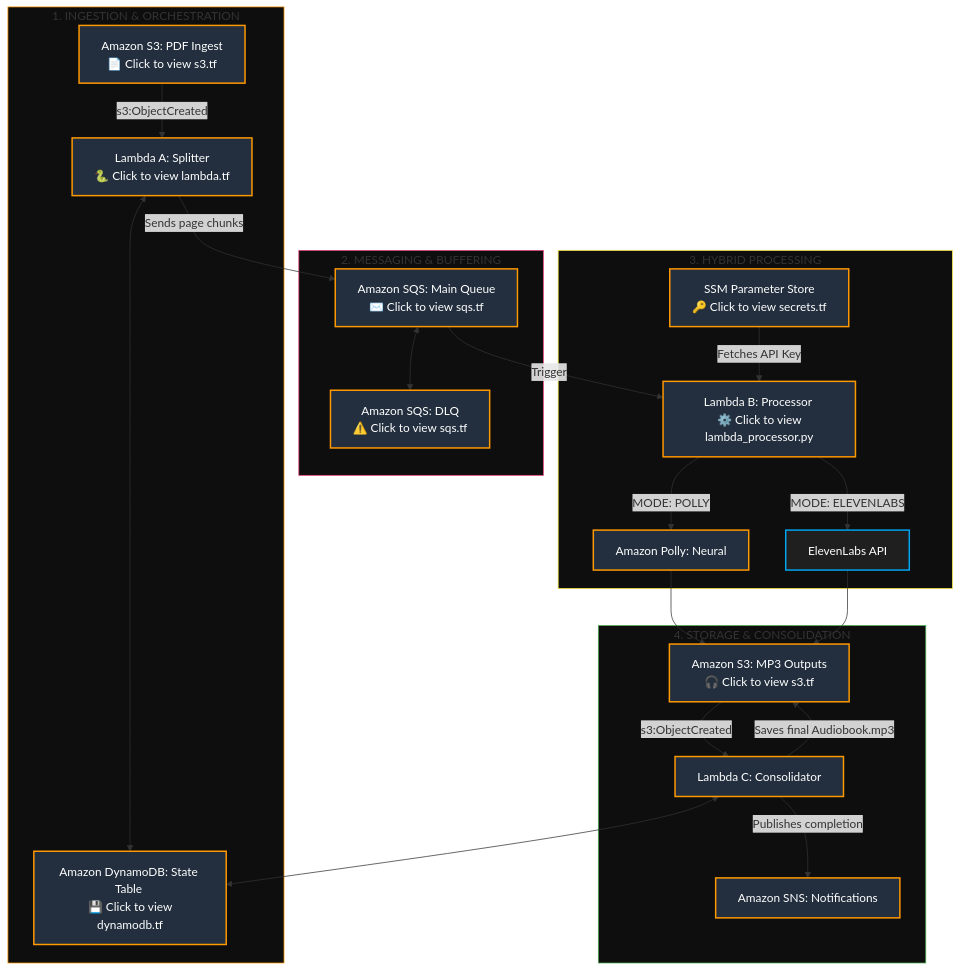
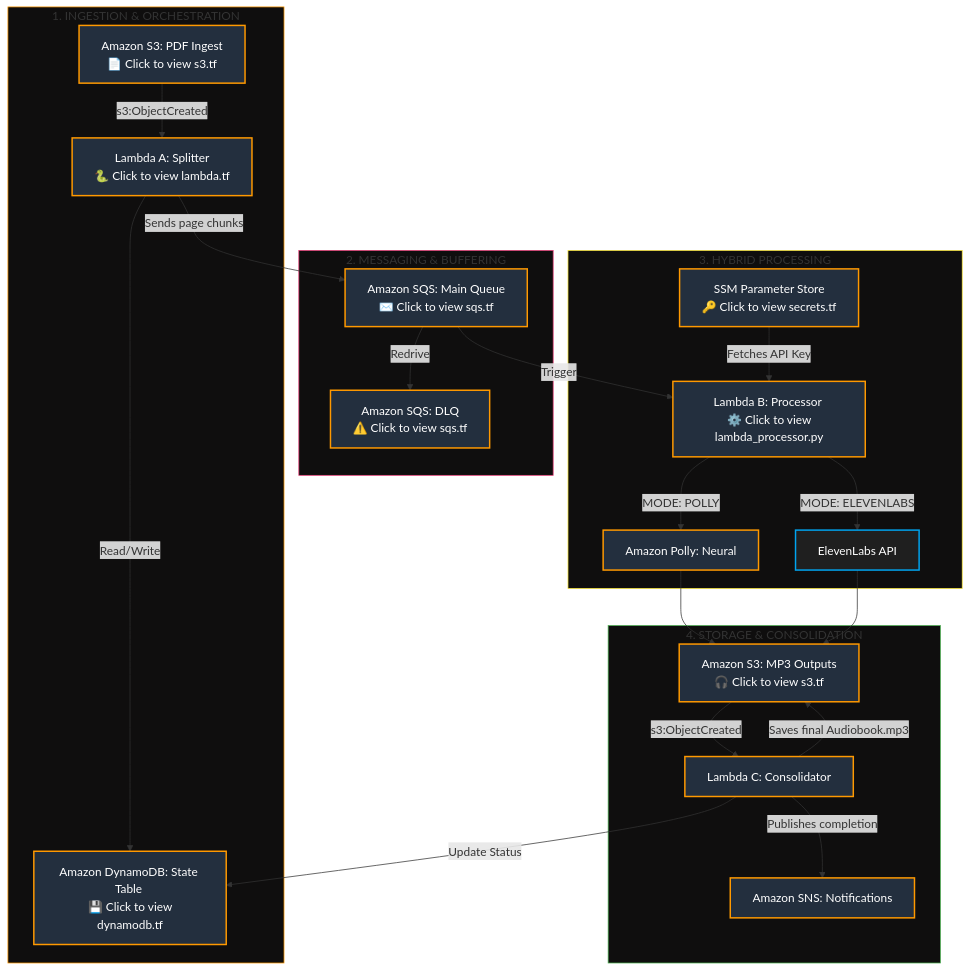
One commit to DevDan7/aws-serverless-audiobook-pipeline changed the diagram in README.md. Above: the diagram before and after it, drawn with Mermaid. The commit also changed 5 other files, not shown here.

````diff
--- a/README.md
+++ b/README.md
@@ -13,71 +13,71 @@
 ```mermaid
 graph TD
     %% Definición de Estilos y Colores para Dark Mode
     classDef aws fill:#232F3E,stroke:#FF9900,stroke-width:2px,color:#fff;
     classDef external fill:#1F1F1F,stroke:#00A4EF,stroke-width:2px,color:#fff;
     classDef group fill:#0d0d0d,stroke:#333,stroke-width:1px,stroke-dasharray: 5 5,color:#fff;
 
     %% GRUPO 1: INGESTION
     subgraph Ingestion ["1. INGESTION & ORCHESTRATION"]
-        S3In[Amazon S3: PDF Ingest <br> 📄 Click to view s3.tf]:::aws
-        LambdaA[Lambda A: Splitter <br> 🐍 Click to view lambda.tf]:::aws
-        DB[Amazon DynamoDB: State Table <br> 💾 Click to view dynamodb.tf]:::aws
+        S3In["Amazon S3: PDF Ingest <br> 📄 Click to view s3.tf"]:::aws
+        LambdaA["Lambda A: Splitter <br> 🐍 Click to view lambda.tf"]:::aws
+        DB["Amazon DynamoDB: State Table <br> 💾 Click to view dynamodb.tf"]:::aws
     end
 
     %% GRUPO 2: MESSAGING
     subgraph Messaging ["2. MESSAGING & BUFFERING"]
-        SQS[Amazon SQS: Main Queue <br> ✉️ Click to view sqs.tf]:::aws
-        DLQ[Amazon SQS: DLQ <br> ⚠️ Click to view sqs.tf]:::aws
+        SQS["Amazon SQS: Main Queue <br> ✉️ Click to view sqs.tf"]:::aws
+        DLQ["Amazon SQS: DLQ <br> ⚠️ Click to view sqs.tf"]:::aws
     end
 
     %% GRUPO 3: PROCESSING
     subgraph Processing ["3. HYBRID PROCESSING"]
-        LambdaB[Lambda B: Processor <br> ⚙️ Click to view lambda_processor.py]:::aws
-        SSM[SSM Parameter Store <br> 🔑 Click to view secrets.tf]:::aws
-        Polly[Amazon Polly: Neural]:::aws
-        Eleven[ElevenLabs API]:::external
+        LambdaB["Lambda B: Processor <br> ⚙️ Click to view lambda_processor.py"]:::aws
+        SSM["SSM Parameter Store <br> 🔑 Click to view secrets.tf"]:::aws
+        Polly["Amazon Polly: Neural"]:::aws
+        Eleven["ElevenLabs API"]:::external
     end
 
     %% GRUPO 4: STORAGE
     subgraph Storage ["4. STORAGE & CONSOLIDATION"]
-        S3Out[Amazon S3: MP3 Outputs <br> 🎧 Click to view s3.tf]:::aws
-        LambdaC[Lambda C: Consolidator]:::aws
-        SNS[Amazon SNS: Notifications]:::aws
+        S3Out["Amazon S3: MP3 Outputs <br> 🎧 Click to view s3.tf"]:::aws
+        LambdaC["Lambda C: Consolidator"]:::aws
+        SNS["Amazon SNS: Notifications"]:::aws
     end
 
     %% Relaciones y Flujo (De arriba hacia abajo)
-    S3In --> |"s3:ObjectCreated"| LambdaA
-    LambdaA <--> DB
-    LambdaA --> |"Sends page chunks"| SQS
-    SQS <--> DLQ
-    SQS --> |"Trigger"| LambdaB
-    SSM --> |"Fetches API Key"| LambdaB
+    S3In -- "s3:ObjectCreated" --> LambdaA
+    LambdaA -- "Read/Write" --> DB
+    LambdaA -- "Sends page chunks" --> SQS
+    SQS -- "Redrive" --> DLQ
+    SQS -- "Trigger" --> LambdaB
+    SSM -- "Fetches API Key" --> LambdaB
     
-    LambdaB --> |"MODE: POLLY"| Polly
-    LambdaB --> |"MODE: ELEVENLABS"| Eleven
+    LambdaB -- "MODE: POLLY" --> Polly
+    LambdaB -- "MODE: ELEVENLABS" --> Eleven
     
     Polly --> S3Out
     Eleven --> S3Out
     
-    S3Out --> |"s3:ObjectCreated"| LambdaC
-    LambdaC <--> DB
-    LambdaC --> |"Saves final Audiobook.mp3"| S3Out
-    LambdaC --> |"Publishes completion"| SNS
+    S3Out -- "s3:ObjectCreated" --> LambdaC
+    LambdaC -- "Update Status" --> DB
+    LambdaC -- "Saves final Audiobook.mp3" --> S3Out
+    LambdaC -- "Publishes completion" --> SNS
 
     %% Estilos de los marcos
     style Ingestion stroke:#FF9900,fill:#0f0e0e
     style Messaging stroke:#EC407A,fill:#0f0e0e
     style Processing stroke:#FFEB3B,fill:#0f0e0e
     style Storage stroke:#4CAF50,fill:#0f0e0e
 
-    %% Mapeo de Enlaces Interactivos (URLs de tu repositorio real)
+    %% Mapeo de Enlaces Interactivos
     click S3In "https://github.com/DevDan7/aws-serverless-audiobook-pipeline/blob/main/s3.tf" "Go to S3 Code"
     click LambdaA "https://github.com/DevDan7/aws-serverless-audiobook-pipeline/blob/main/lambda.tf" "Go to Lambda Code"
     click DB "https://github.com/DevDan7/aws-serverless-audiobook-pipeline/blob/main/dynamodb.tf" "Go to DynamoDB Code"
     click SQS "https://github.com/DevDan7/aws-serverless-audiobook-pipeline/blob/main/sqs.tf" "Go to SQS Code"
     click DLQ "https://github.com/DevDan7/aws-serverless-audiobook-pipeline/blob/main/sqs.tf" "Go to DLQ Code"
     click SSM "https://github.com/DevDan7/aws-serverless-audiobook-pipeline/blob/main/secrets.tf" "Go to Secrets Code"
     click LambdaB "https://github.com/DevDan7/aws-serverless-audiobook-pipeline/blob/main/lambda_processor.py" "Go to Lambda B Python Code"
     click S3Out "https://github.com/DevDan7/aws-serverless-audiobook-pipeline/blob/main/s3.tf" "Go to S3 Output Code"
 
  ``` 
````
